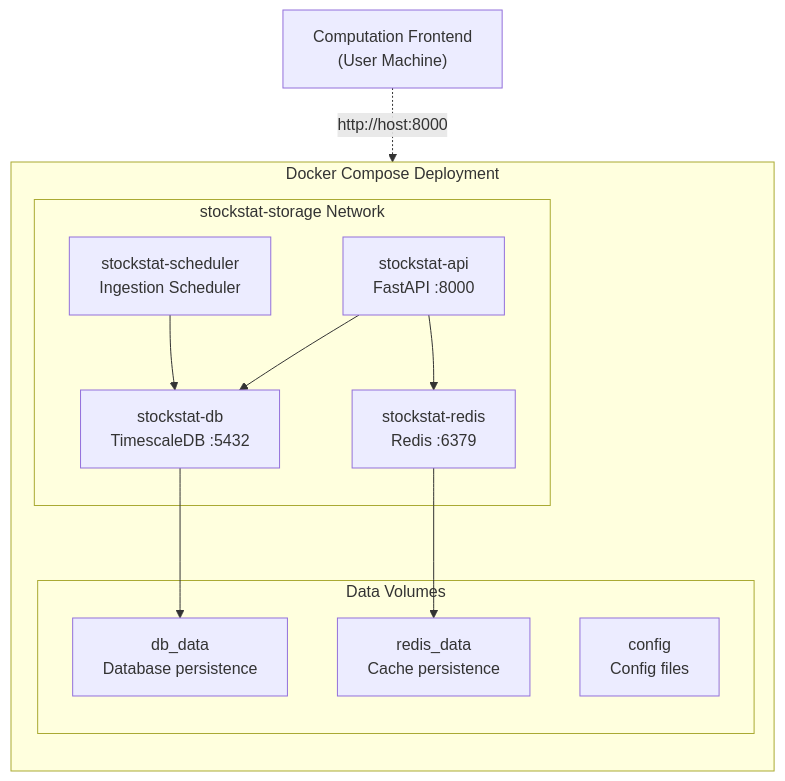
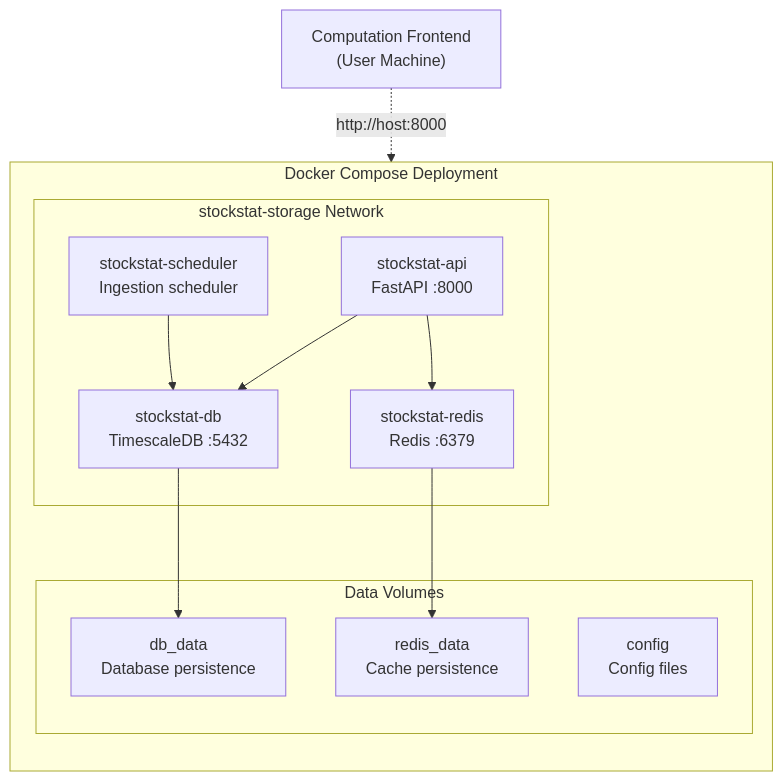
One commit to RESBI/StockStatistic changed diagram 19 of 23 in DESIGN.md. Above: the diagram before and after it, drawn with Mermaid. The commit also changed other lines of this file, not shown here.

````diff
--- a/DESIGN.md
+++ b/DESIGN.md
@@ -1447,27 +1462,27 @@
 ```mermaid
 graph TB
     subgraph "Docker Compose Deployment"
         direction TB
         
         subgraph "stockstat-storage Network"
             API_C["stockstat-api<br/>FastAPI :8000"]
             DB_C["stockstat-db<br/>TimescaleDB :5432"]
             REDIS_C["stockstat-redis<br/>Redis :6379"]
-            SCHED_C["stockstat-scheduler<br/>Ingestion Scheduler"]
+            SCHED_C["stockstat-scheduler<br/>Ingestion scheduler"]
         end
         
         subgraph "Data Volumes"
             V1["db_data<br/>Database persistence"]
             V2["redis_data<br/>Cache persistence"]
             V3["config<br/>Config files"]
         end
         
         API_C --> DB_C
         API_C --> REDIS_C
         SCHED_C --> DB_C
         DB_C --> V1
         REDIS_C --> V2
     end
     
     USER["Computation Frontend<br/>(User Machine)"] -.->|"http://host:8000"| API_C
 ```
````
